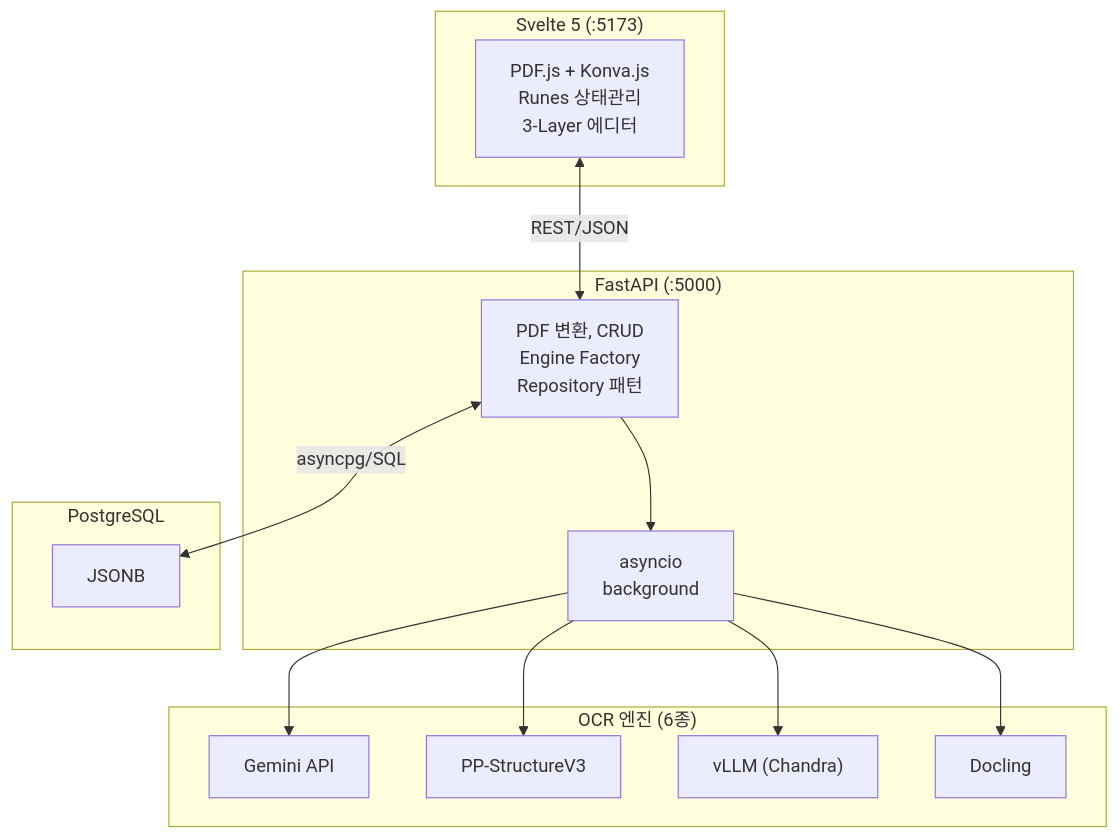
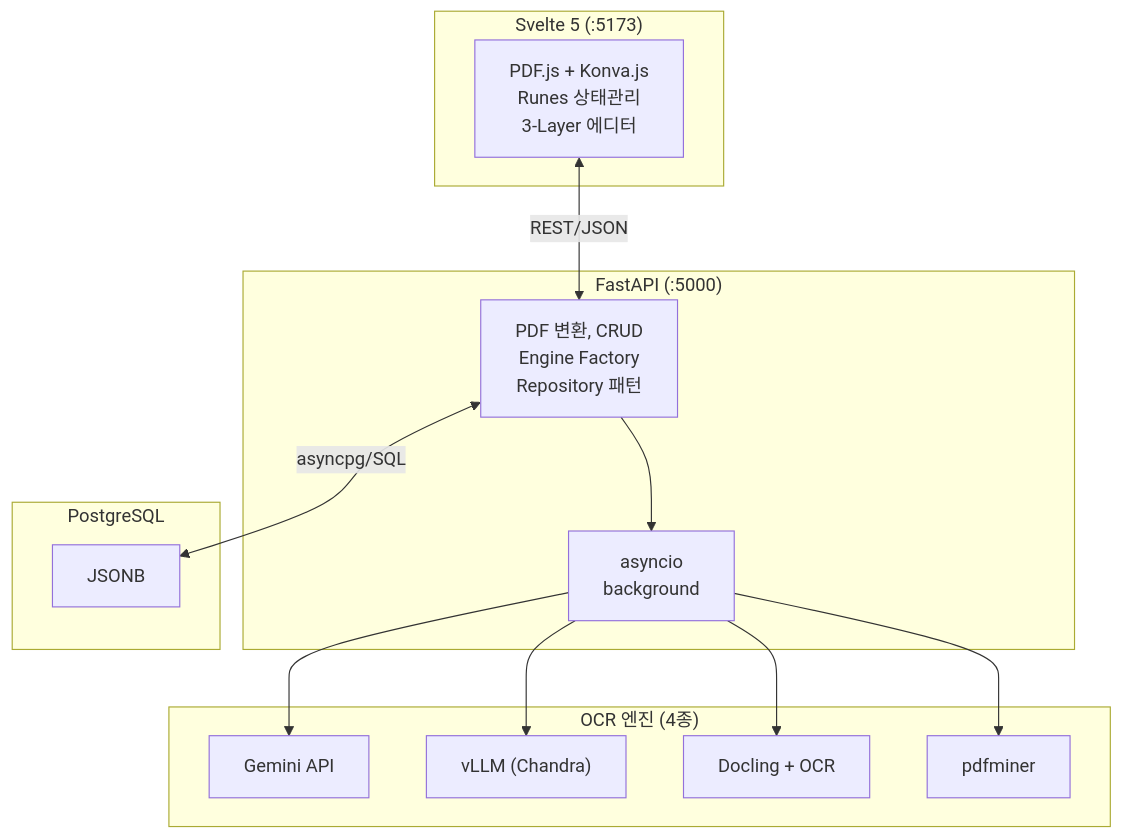
Before and after one commit to appleparan/saegim: the diagram in README.md, drawn with Mermaid. The commit also changed other lines of this file and 10 other files, not shown here.

````diff
--- a/README.md
+++ b/README.md
@@ -11,30 +11,30 @@
 ```mermaid
 graph TB
     subgraph Frontend ["Svelte 5 (:5173)"]
         FE["PDF.js + Konva.js<br/>Runes 상태관리<br/>3-Layer 에디터"]
     end
 
     subgraph Backend ["FastAPI (:5000)"]
         API["PDF 변환, CRUD<br/>Engine Factory<br/>Repository 패턴"]
         BG["asyncio<br/>background"]
     end
 
     subgraph DB ["PostgreSQL"]
         PG["JSONB"]
     end
 
-    subgraph OCR ["OCR 엔진 (6종)"]
+    subgraph OCR ["OCR 엔진 (4종)"]
         GEMINI["Gemini API"]
-        PPS["PP-StructureV3"]
         VLLM["vLLM (Chandra)"]
-        DOCLING["Docling"]
+        DOCLING_OCR["Docling + OCR"]
+        PDFMINER["pdfminer"]
     end
 
     FE <-->|"REST/JSON"| API
     API <-->|"asyncpg/SQL"| PG
     API --> BG
     BG --> GEMINI
-    BG --> PPS
     BG --> VLLM
-    BG --> DOCLING
+    BG --> DOCLING_OCR
+    BG --> PDFMINER
 ```
````
